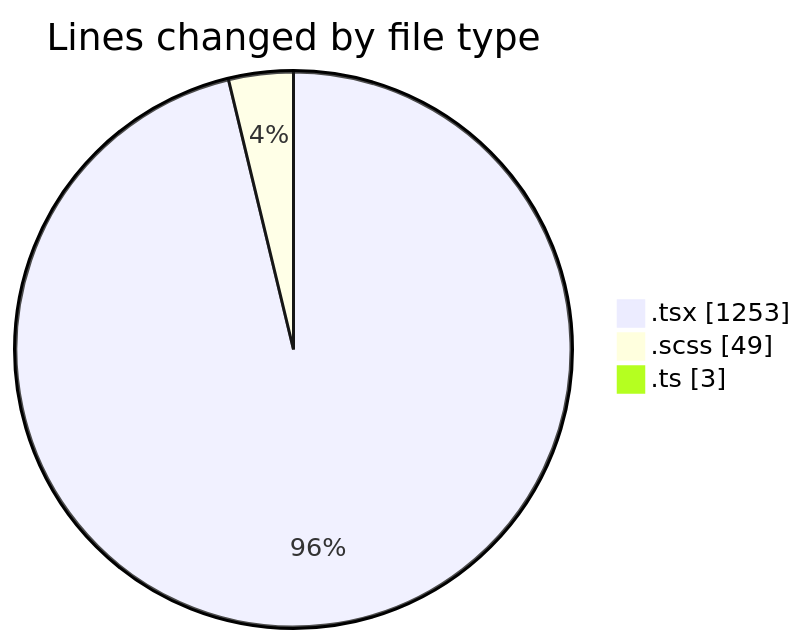
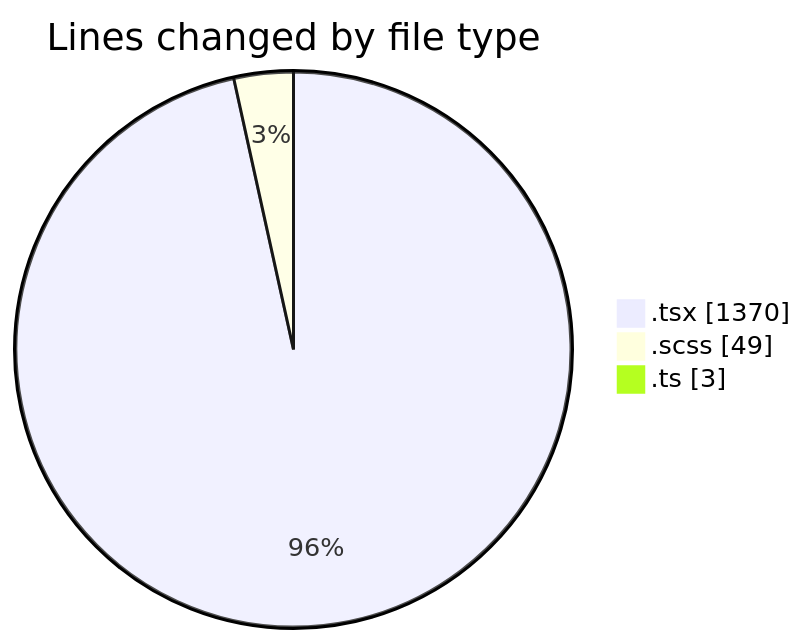
Before and after one commit to momahboobian/code-tracking: the first of 2 diagrams in 2026-09-04/cda/README.md, drawn with Mermaid. The commit also changed other lines of this file and 1 other file, not shown here.

````diff
--- a/2026-09-04/cda/README.md
+++ b/2026-09-04/cda/README.md
@@ -31,7 +32,7 @@
 ```mermaid
 pie showData
 title Lines changed by file type
-".tsx" : 1253
+".tsx" : 1370
 ".scss" : 49
 ".ts" : 3
 ```
````
